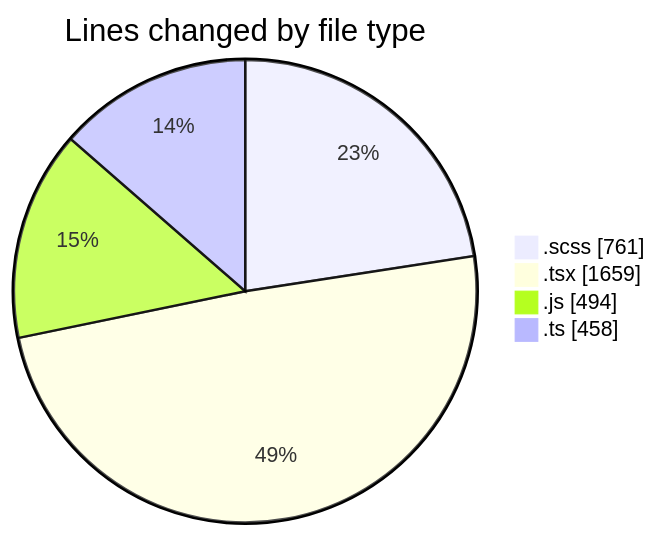
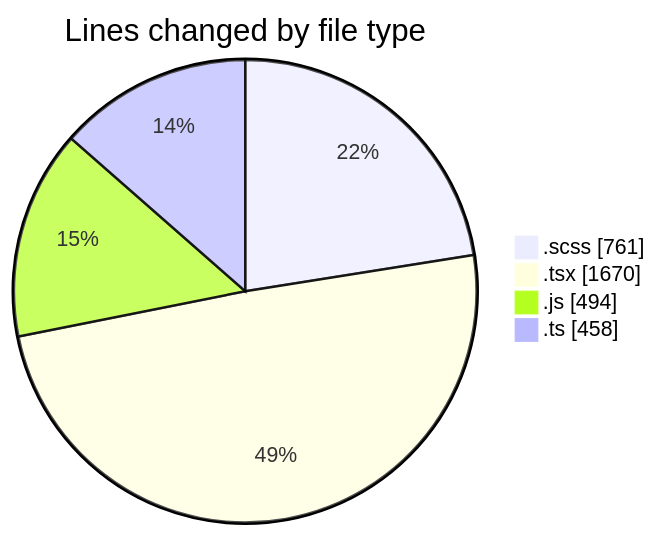
The first of 2 diagrams in 2025-03-14/cda/README.md (momahboobian/code-tracking), drawn with Mermaid before and after one commit. The commit also changed other lines of this file and 1 other file, not shown here.

````diff
--- a/2025-03-14/cda/README.md
+++ b/2025-03-14/cda/README.md
@@ -36,8 +36,8 @@
 ```mermaid
 pie showData
 title Lines changed by file type
 ".scss" : 761
-".tsx" : 1659
+".tsx" : 1670
 ".js" : 494
 ".ts" : 458
 ```
````
